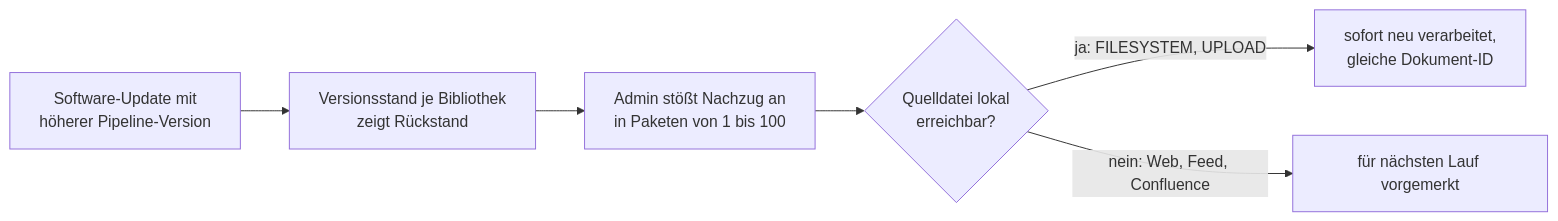
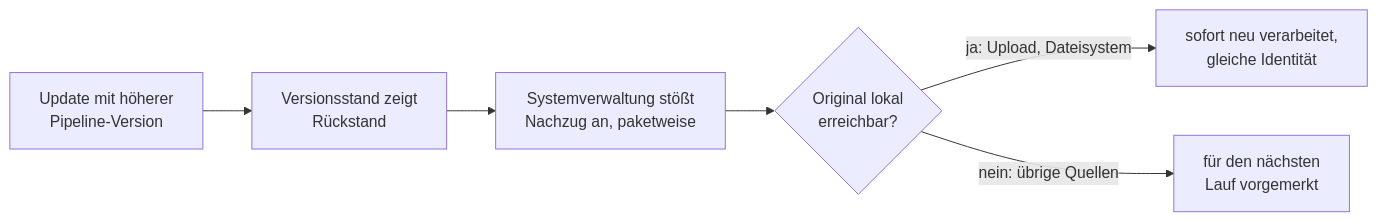
One commit to criew/opaa changed the sixth of 6 diagrams in docs/handbuch/indexierung.md. Above: the diagram before and after it, drawn with Mermaid. The commit also changed other lines of this file and 21 other files, not shown here.

````diff
--- a/docs/handbuch/indexierung.md
+++ b/docs/handbuch/indexierung.md
@@ -864,8 +543,8 @@
 ```mermaid
 flowchart LR
-    U[Software-Update mit<br/>höherer Pipeline-Version] --> V[Versionsstand je Bibliothek<br/>zeigt Rückstand]
-    V --> A[Admin stößt Nachzug an<br/>in Paketen von 1 bis 100]
-    A --> L{Quelldatei lokal<br/>erreichbar?}
-    L -- ja: FILESYSTEM, UPLOAD --> N[sofort neu verarbeitet,<br/>gleiche Dokument-ID]
-    L -- nein: Web, Feed, Confluence --> M[für nächsten Lauf vorgemerkt]
+    U[Update mit höherer<br/>Pipeline-Version] --> V[Versionsstand zeigt<br/>Rückstand]
+    V --> A[Systemverwaltung stößt<br/>Nachzug an, paketweise]
+    A --> L{Original lokal<br/>erreichbar?}
+    L -- ja: Upload, Dateisystem --> N[sofort neu verarbeitet,<br/>gleiche Identität]
+    L -- nein: übrige Quellen --> M[für den nächsten<br/>Lauf vorgemerkt]
 ```
````
